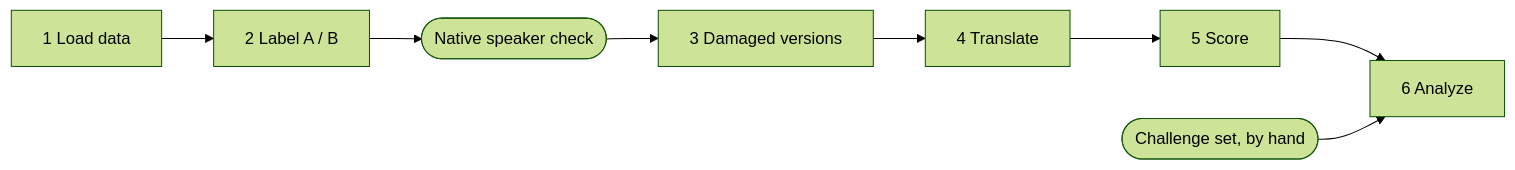
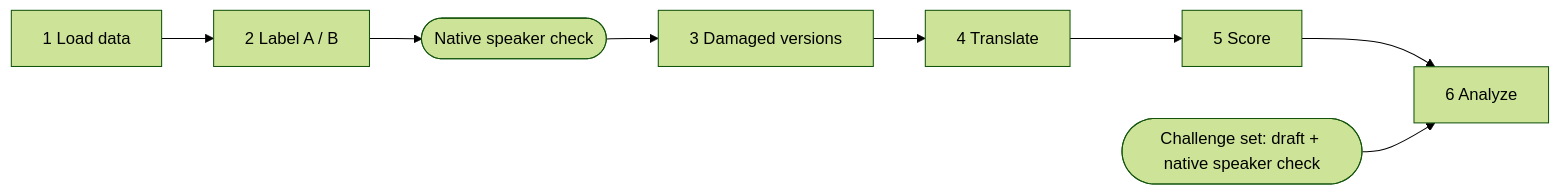
Before and after one commit to karoli-rey/Keyboard_Tax: the diagram in README.md, drawn with Mermaid (forest theme). The commit also changed other lines of this file and 13 other files, not shown here.

Commit message:
Add step 6 analysis and draft challenge set

````diff
--- a/README.md
+++ b/README.md
@@ -18,6 +18,6 @@
 ```mermaid
 flowchart LR
     S1["1 Load data"] --> S2["2 Label A / B"] --> R(["Native speaker check"]) --> S3["3 Damaged versions"]
     S3 --> S4["4 Translate"] --> S5["5 Score"] --> S6["6 Analyze"]
-    C(["Challenge set, by hand"]) --> S6
+    C(["Challenge set: draft + native speaker check"]) --> S6
 ```
````
